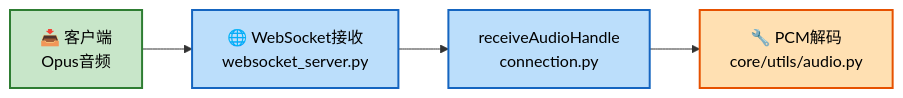
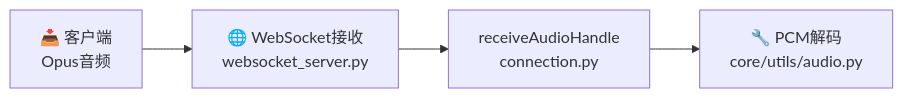
Diagram 11 of 41 in 设计说明.md (jihengzhang/xiaozhi-esp32-server), drawn with Mermaid before and after one commit. The commit also changed other lines of this file and 37 other files, not shown here.

````diff
--- a/设计说明.md
+++ b/设计说明.md
@@ -1711,14 +2370,10 @@
 ```mermaid
 graph LR
     A1["📥 客户端<br/>Opus音频"]
     B1["🌐 WebSocket接收<br/>websocket_server.py"]
     B2["receiveAudioHandle<br/>connection.py"]
     C1["🔧 PCM解码<br/>core/utils/audio.py"]
     
     A1 --> B1 --> B2 --> C1
     
-    style A1 fill:#c8e6c9,stroke:#2e7d32,stroke-width:2px,color:#000000
-    style B1 fill:#bbdefb,stroke:#1565c0,stroke-width:2px,color:#000000
-    style B2 fill:#bbdefb,stroke:#1565c0,stroke-width:2px,color:#000000
-    style C1 fill:#ffe0b2,stroke:#e65100,stroke-width:2px,color:#000000
 ```
````
